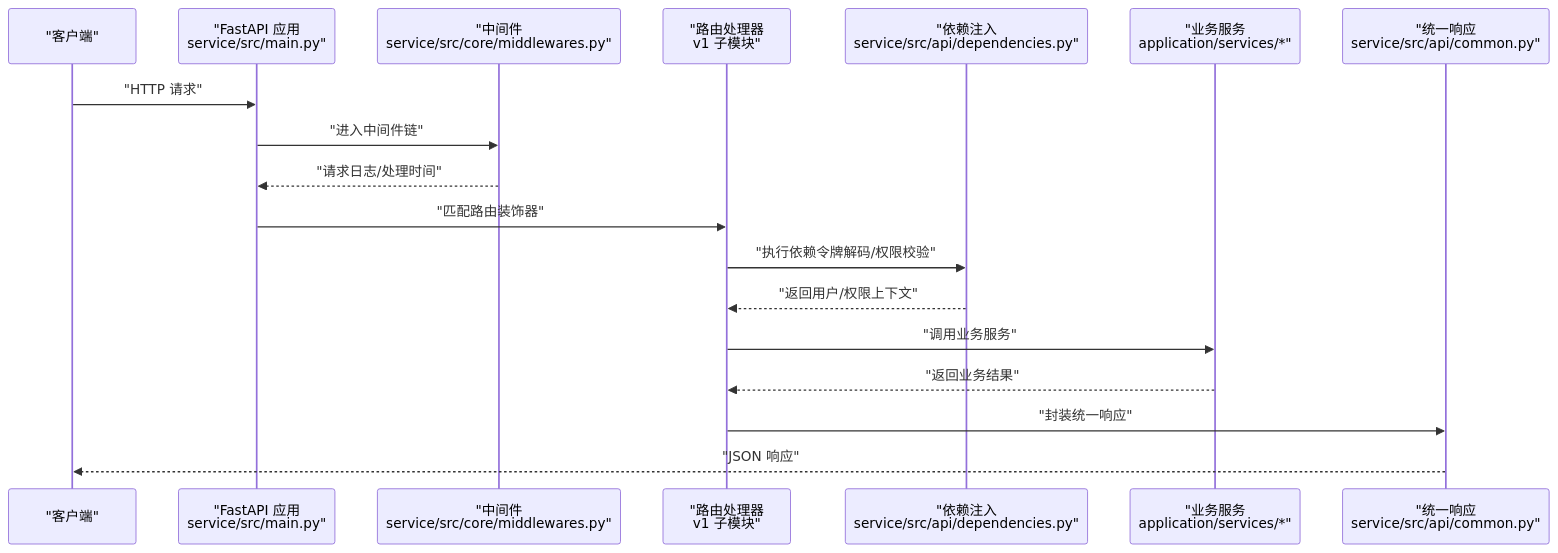
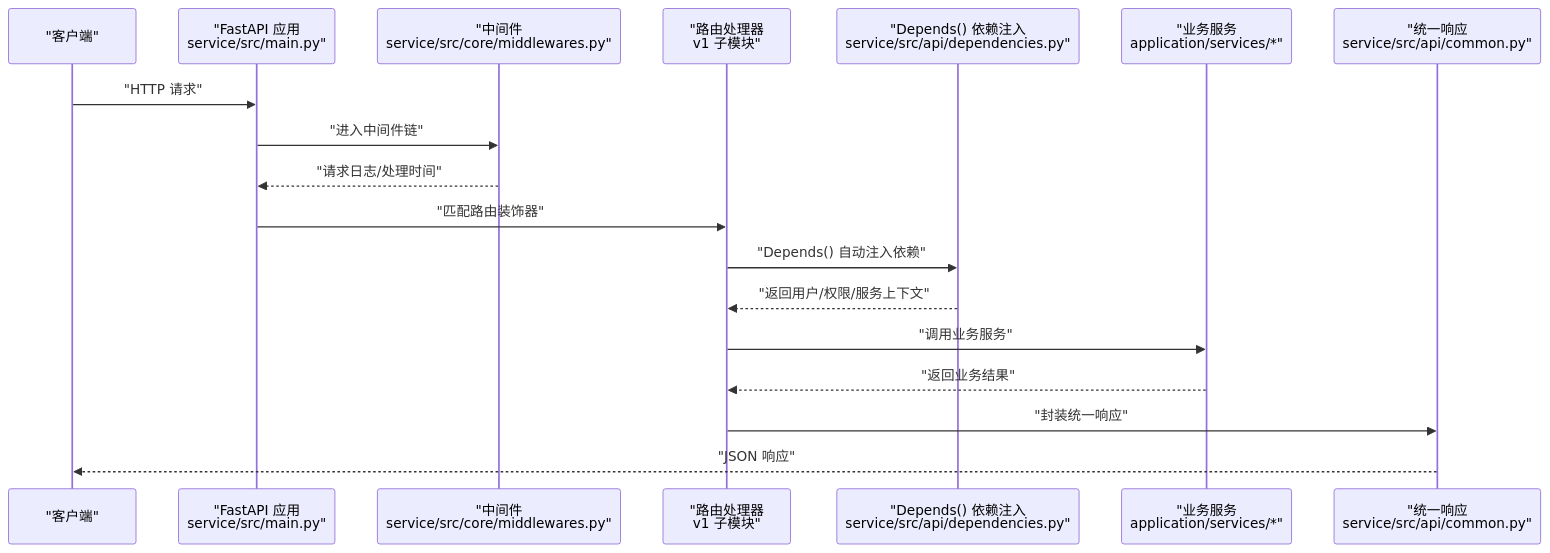
Before and after one commit to taoweidong/Hello-FastApi: the second of 9 diagrams in .qoder/repowiki/zh/content/后端架构设计/DDD 分层架构详解/表现层（API Routes）.md, drawn with Mermaid. The commit also changed other lines of this file and 18 other files, not shown here.

````diff
--- a/.qoder/repowiki/zh/content/后端架构设计/DDD 分层架构详解/表现层（API Routes）.md
+++ b/.qoder/repowiki/zh/content/后端架构设计/DDD 分层架构详解/表现层（API Routes）.md
@@ -121,20 +141,20 @@
 ```mermaid
 sequenceDiagram
 participant Client as "客户端"
 participant App as "FastAPI 应用<br/>service/src/main.py"
 participant MW as "中间件<br/>service/src/core/middlewares.py"
 participant Router as "路由处理器<br/>v1 子模块"
-participant Dep as "依赖注入<br/>service/src/api/dependencies.py"
+participant Dep as "Depends() 依赖注入<br/>service/src/api/dependencies.py"
 participant Svc as "业务服务<br/>application/services/*"
 participant Resp as "统一响应<br/>service/src/api/common.py"
 Client->>App : "HTTP 请求"
 App->>MW : "进入中间件链"
 MW-->>App : "请求日志/处理时间"
 App->>Router : "匹配路由装饰器"
-Router->>Dep : "执行依赖令牌解码/权限校验"
-Dep-->>Router : "返回用户/权限上下文"
+Router->>Dep : "Depends() 自动注入依赖"
+Dep-->>Router : "返回用户/权限/服务上下文"
 Router->>Svc : "调用业务服务"
 Svc-->>Router : "返回业务结果"
 Router->>Resp : "封装统一响应"
 Resp-->>Client : "JSON 响应"
 ```
````
